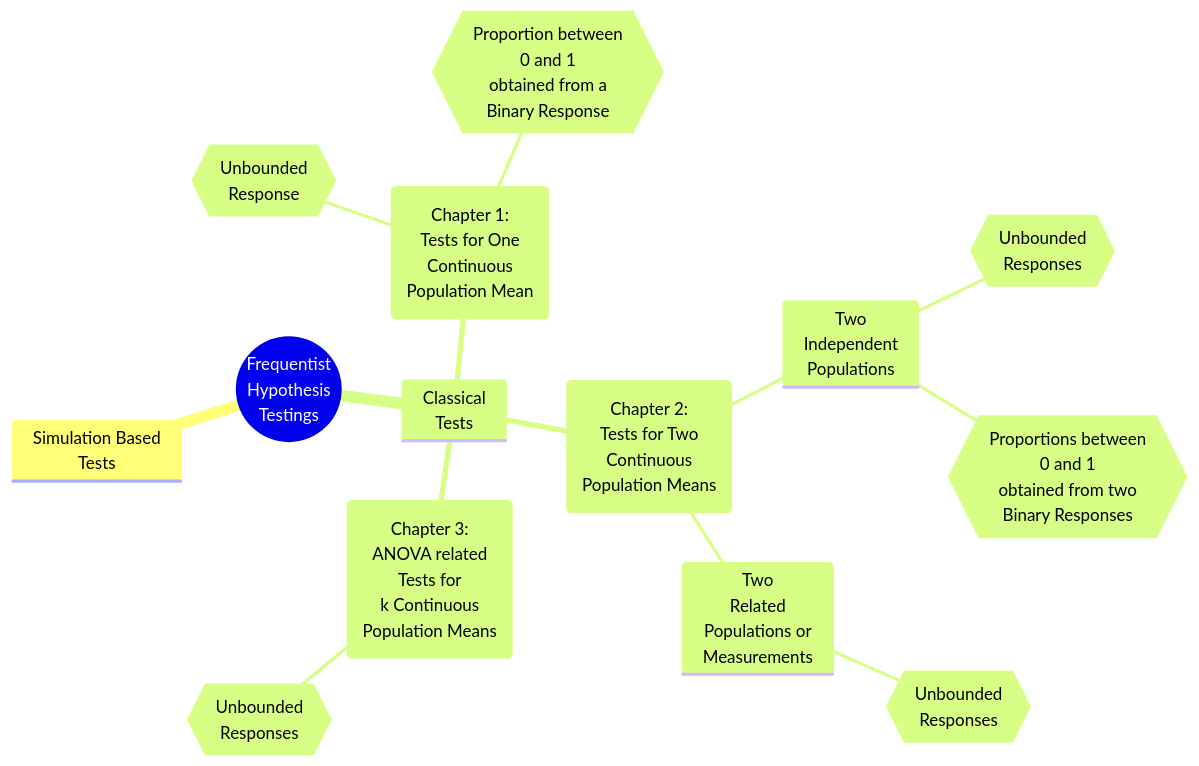
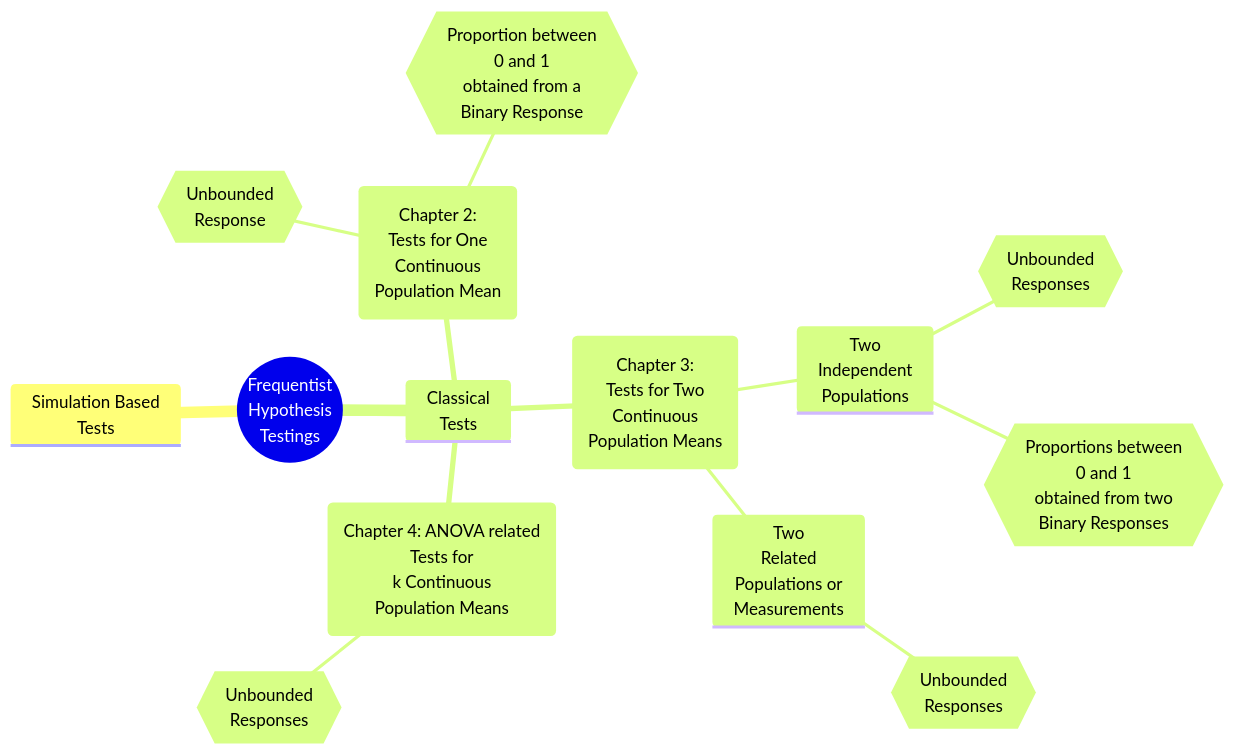
Before and after one commit to pnickchi/test-book: the diagram in book/intro.qmd, drawn with Mermaid. The commit also changed other lines of this file and 24 other files, not shown here.

````diff
--- a/book/intro.qmd
+++ b/book/intro.qmd
@@ -103,20 +113,20 @@
 ```{mermaid}
 mindmap
   root((Frequentist
   Hypothesis 
   Testings
   ))
     Simulation Based<br/>Tests
     Classical<br/>Tests
-      (Chapter 1: <br/>Tests for One<br/>Continuous<br/>Population Mean)
+      (Chapter 2: <br/>Tests for One<br/>Continuous<br/>Population Mean)
         {{Unbounded<br/>Response}}
         {{Proportion between<br/>0 and 1<br/>obtained from a <br/>Binary Response}}
-      (Chapter 2: <br/>Tests for Two<br/>Continuous<br/>Population Means)
+      (Chapter 3: <br/>Tests for Two<br/>Continuous<br/>Population Means)
         Two<br/>Independent<br/>Populations
           {{Unbounded<br/>Responses}}
           {{Proportions between<br/>0 and 1<br/>obtained from two <br/>Binary Responses}}
         Two<br/>Related<br/>Populations or<br/>Measurements
           {{Unbounded<br/>Responses}}
-      (Chapter 3: <br/>ANOVA related <br/>Tests for<br/>k Continuous<br/>Population Means)
+      (Chapter 4: ANOVA related <br/>Tests for<br/>k Continuous<br/>Population Means)
         {{Unbounded<br/>Responses}}
 ```
````
